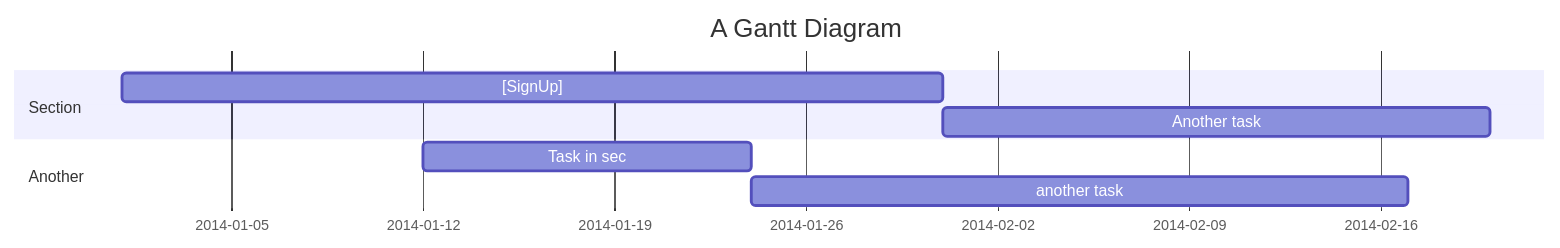
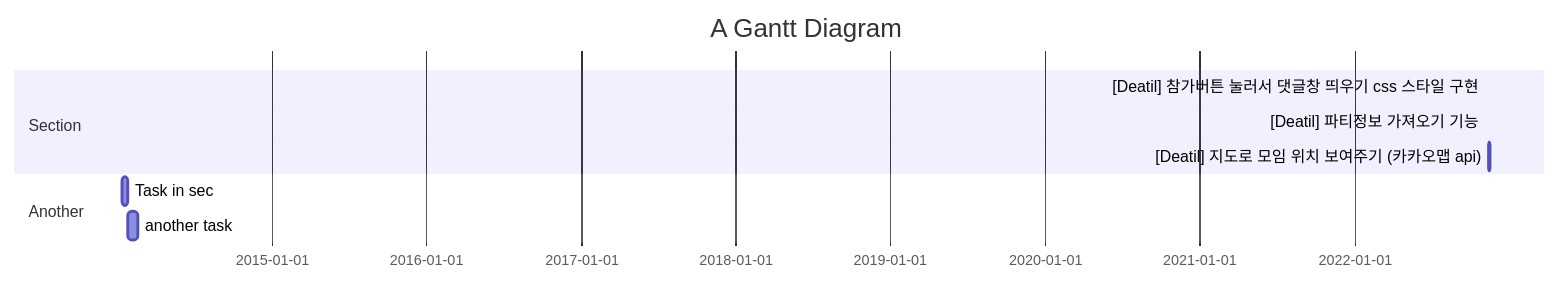
Before and after one commit to kkkimjiyong/BoardWith_FE: the diagram in README.md, drawn with Mermaid.

````diff
--- a/README.md
+++ b/README.md
@@ -12,11 +12,12 @@
 ```mermaid
 gantt
     title A Gantt Diagram
     dateFormat  YYYY-MM-DD
     section Section
-    [SignUp] :a1, 2014-01-01, 30d
-    Another task     :after a1  , 20d
+    [Deatil] 참가버튼 눌러서 댓글창 띄우기 css 스타일 구현 :a1, 2022-11-07, 1d
+    [Deatil]  파티정보 가져오기 기능   :after a1  , 2022-11-08, 1d
+      [Deatil]  지도로 모임 위치 보여주기 (카카오맵 api)   :   2022-11-16, 2d
     section Another
     Task in sec      :2014-01-12  , 12d
     another task      : 24d
 ```
````
